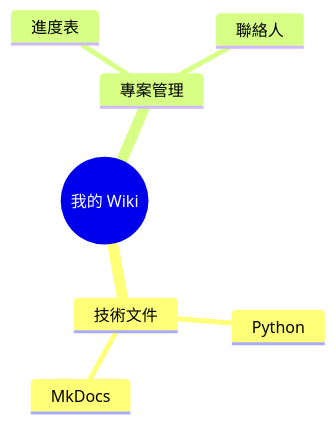
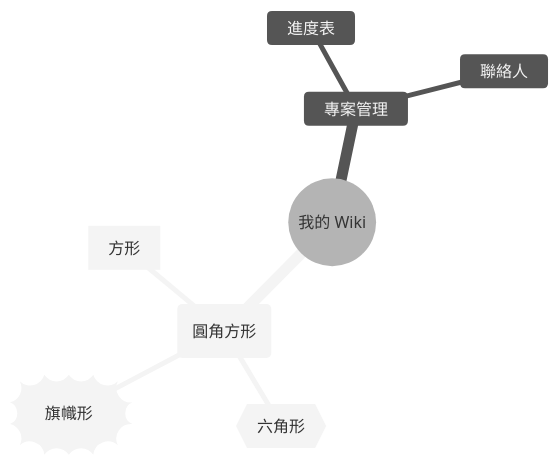
Before and after one commit to TzuoYeah/WorldBuliding: the diagram in docs/index.md, drawn with Mermaid. The commit also changed 1 other file, not shown here.

````diff
--- a/docs/index.md
+++ b/docs/index.md
@@ -4,10 +4,15 @@
 ```mermaid
+---
+config:
+  theme: neutral
+---
 mindmap
   root((我的 Wiki))
-    技術文件
-      Python
-      MkDocs
+    a(圓角方形)
+      b[方形]
+      c{{六角形}}
+      d))旗幟形((
     專案管理
       進度表
       聯絡人
 ```
````
